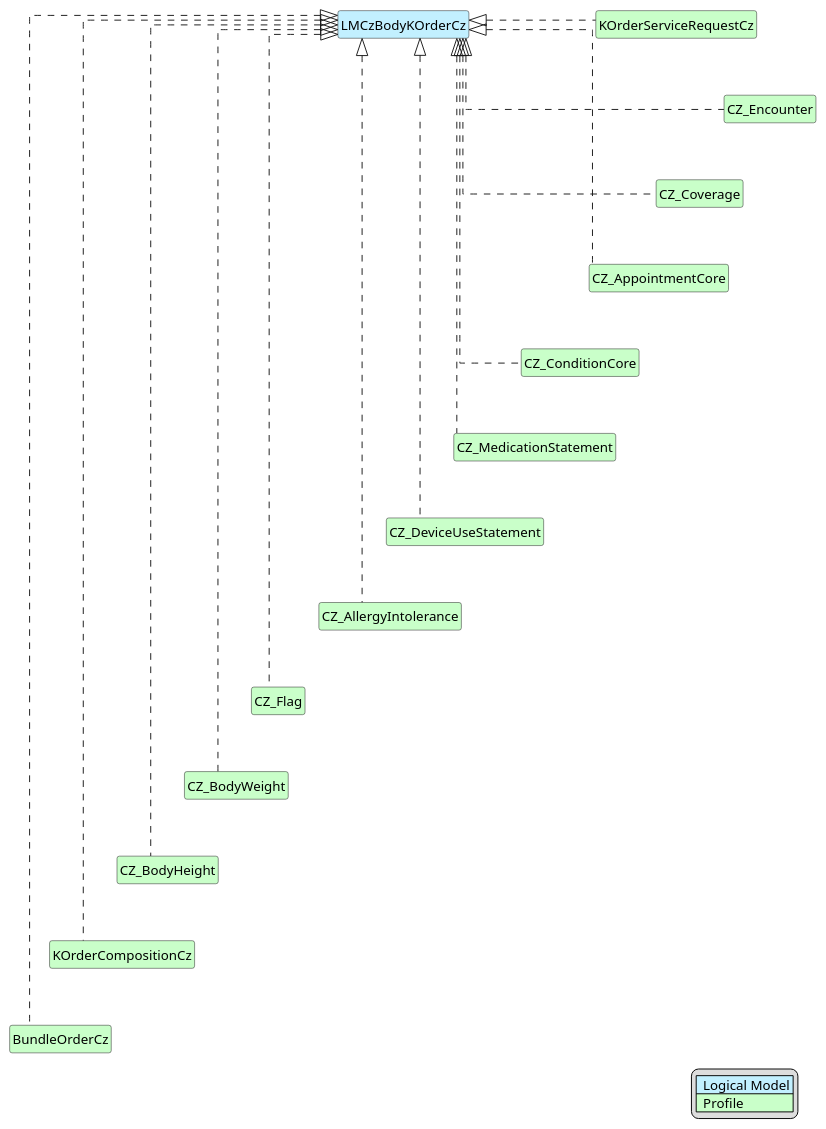
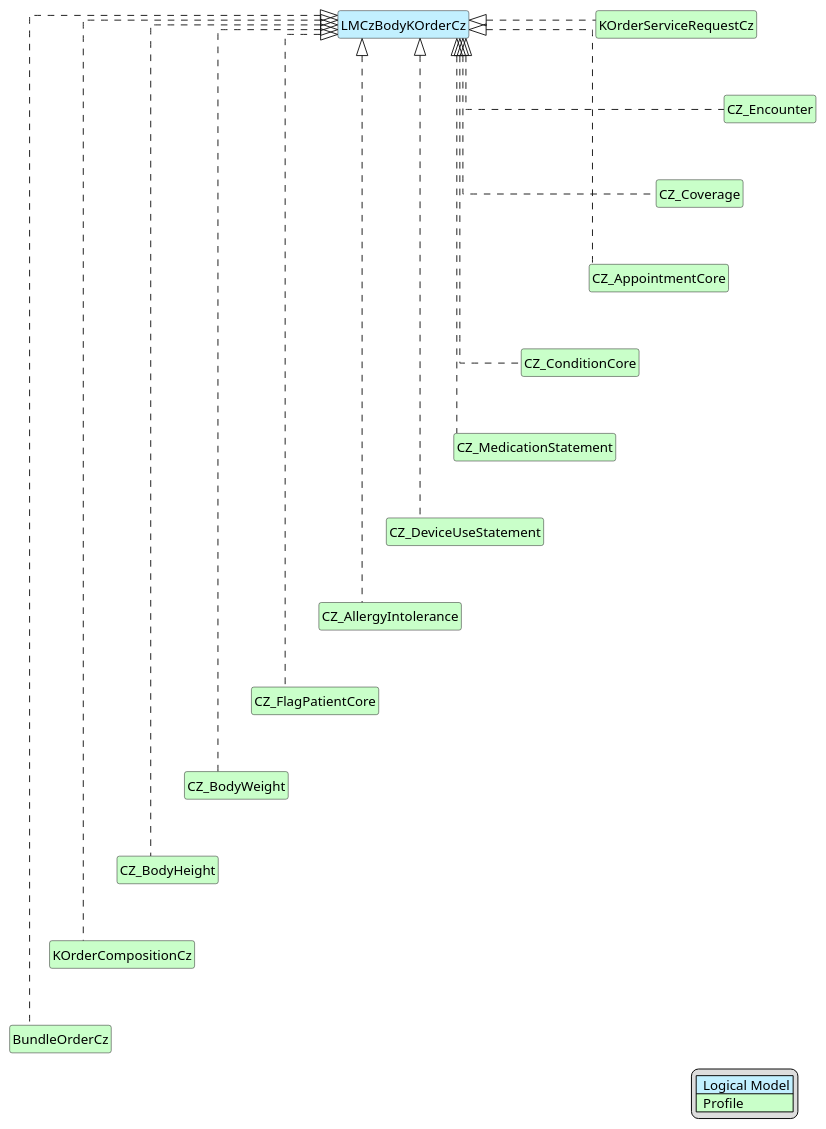
Before and after one commit to HL7-cz/k-order: the diagram in input/images-source/K-Body-map.plantuml, drawn with PlantUML. The commit also changed 23 other files, not shown here.

```diff
--- a/input/images-source/K-Body-map.plantuml
+++ b/input/images-source/K-Body-map.plantuml
@@ -1,73 +1,73 @@
 @startuml
 
 hide circle
 hide stereotype
 hide members
 hide methods
 
 skinparam linetype ortho
 
 skinparam class {
 BackgroundColor<<LogicalModel>> #APPLICATION
 BackgroundColor<<Profile>> #TECHNOLOGY
 }
 
 legend right
 | <#APPLICATION>  Logical Model |
 | <#TECHNOLOGY>  Profile |
 endlegend
 
 class "LMCzBodyKOrderCz" <<LogicalModel>> [[StructureDefinition-LMBodyKOrder.html]]
 
 class "KOrderServiceRequestCz" <<Profile>> [[StructureDefinition-KOrderServiceRequestCz.html]]
 "LMCzBodyKOrderCz" <|. "KOrderServiceRequestCz"
 
 class "CZ_Encounter" <<Profile>> [[https://hl7.cz/fhir/core/StructureDefinition-encounter-cz-core.html]]
 "LMCzBodyKOrderCz" <|. "CZ_Encounter"
 "KOrderServiceRequestCz" -d[hidden]-> "CZ_Encounter"
 
 class "CZ_Coverage" <<Profile>> [[https://hl7.cz/fhir/core/StructureDefinition-cz-coverage.html]]
 "LMCzBodyKOrderCz" <|. "CZ_Coverage"
 "CZ_Encounter" -d[hidden]-> "CZ_Coverage"
 
 class "CZ_AppointmentCore" <<Profile>> [[https://hl7.cz/fhir/core/StructureDefinition-appointment-cz-core.html]]
 "LMCzBodyKOrderCz" <|. "CZ_AppointmentCore"
 "CZ_Coverage" -d[hidden]-> "CZ_AppointmentCore"
 
 class "CZ_ConditionCore" <<Profile>> [[https://hl7.cz/fhir/core/StructureDefinition-condition-cz-core.html]]
 "LMCzBodyKOrderCz" <|. "CZ_ConditionCore"
 "CZ_AppointmentCore" -d[hidden]-> "CZ_ConditionCore"
 
 class "CZ_MedicationStatement" <<Profile>> [[https://hl7.cz/fhir/core/StructureDefinition-medicationStatement-cz-core.html]]
 "LMCzBodyKOrderCz" <|. "CZ_MedicationStatement"
 "CZ_ConditionCore" -d[hidden]-> "CZ_MedicationStatement"
 
 class "CZ_DeviceUseStatement" <<Profile>> [[StructureDefinition-cz-deviceUseStatement.html]]
 "LMCzBodyKOrderCz" <|. "CZ_DeviceUseStatement"
 "CZ_MedicationStatement" -d[hidden]-> "CZ_DeviceUseStatement"
 
 class "CZ_AllergyIntolerance" <<Profile>> [[https://hl7.cz/fhir/core/StructureDefinition-allergyIntolerance-cz-core.html]]
 "LMCzBodyKOrderCz" <|. "CZ_AllergyIntolerance"
 "CZ_DeviceUseStatement" -d[hidden]-> "CZ_AllergyIntolerance"
 
-class "CZ_Flag" <<Profile>> [[StructureDefinition-cz-flag.html]]
-"LMCzBodyKOrderCz" <|. "CZ_Flag"
-"CZ_AllergyIntolerance" -d[hidden]-> "CZ_Flag"
+class "CZ_FlagPatientCore" <<Profile>> [[https://hl7.cz/fhir/core/StructureDefinition-flag-patient-cz-core.html]]
+"LMCzBodyKOrderCz" <|. "CZ_FlagPatientCore"
+"CZ_AllergyIntolerance" -d[hidden]-> "CZ_FlagPatientCore"
 
 class "CZ_BodyWeight" <<Profile>> [[StructureDefinition-cz-bodyweight.html]]
 "LMCzBodyKOrderCz" <|. "CZ_BodyWeight"
-"CZ_Flag" -d[hidden]-> "CZ_BodyWeight"
+"CZ_FlagPatientCore" -d[hidden]-> "CZ_BodyWeight"
 
 class "CZ_BodyHeight" <<Profile>> [[StructureDefinition-cz-bodyheight.html]]
 "LMCzBodyKOrderCz" <|. "CZ_BodyHeight"
 "CZ_BodyWeight" -d[hidden]-> "CZ_BodyHeight"
 
 class "KOrderCompositionCz" <<Profile>> [[StructureDefinition-KOrderCompositionCz.html]]
 "LMCzBodyKOrderCz" <|. "KOrderCompositionCz"
 "CZ_BodyHeight" -d[hidden]-> "KOrderCompositionCz"
 
 class "BundleOrderCz" <<Profile>> [[StructureDefinition-BundleOrderCz.html]]
 "LMCzBodyKOrderCz" <|. "BundleOrderCz"
 "KOrderCompositionCz" -d[hidden]-> "BundleOrderCz"
 
 @enduml
```
